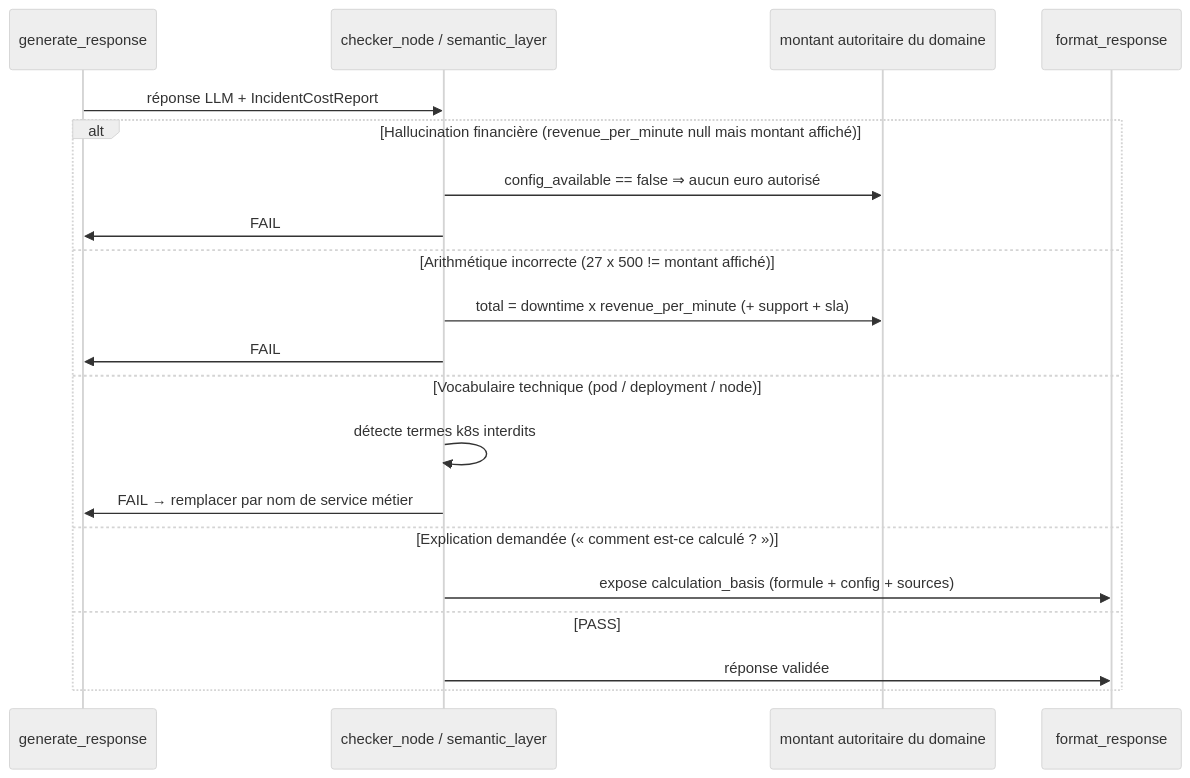
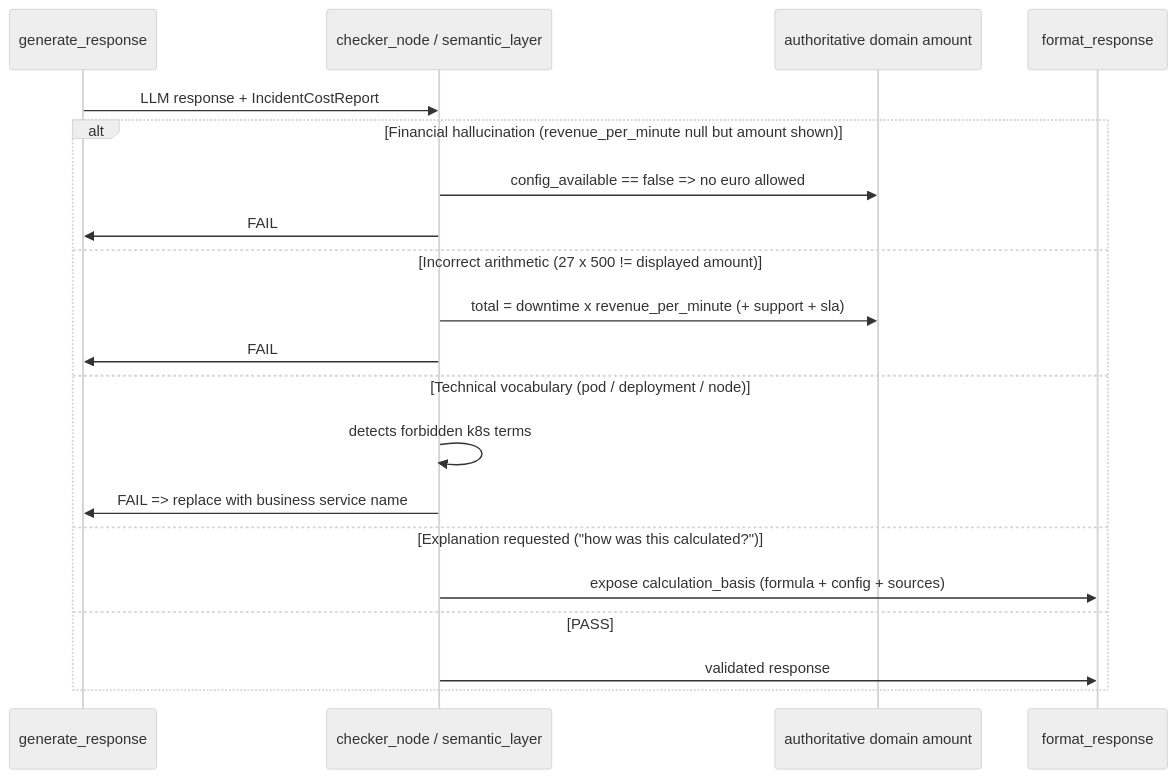
The third of 3 diagrams in docs/use-cases/107-incident-cost-analysis.md (hexa-tools/hexawyn), drawn with Mermaid (neutral theme) before and after one commit. The commit also changed other lines of this file and 53 other files, not shown here.

Commit message:
chore: refactor diagram

````diff
--- a/docs/use-cases/107-incident-cost-analysis.md
+++ b/docs/use-cases/107-incident-cost-analysis.md
@@ -68,23 +68,23 @@
 ```mermaid
 sequenceDiagram
     participant Gen as generate_response
     participant Checker as checker_node / semantic_layer
-    participant Domain as montant autoritaire du domaine
+    participant Domain as authoritative domain amount
     participant Format as format_response
 
-    Gen->>Checker: réponse LLM + IncidentCostReport
-    alt Hallucination financière (revenue_per_minute null mais montant affiché)
-        Checker->>Domain: config_available == false ⇒ aucun euro autorisé
+    Gen->>Checker: LLM response + IncidentCostReport
+    alt Financial hallucination (revenue_per_minute null but amount shown)
+        Checker->>Domain: config_available == false => no euro allowed
         Checker->>Gen: FAIL
-    else Arithmétique incorrecte (27 x 500 != montant affiché)
+    else Incorrect arithmetic (27 x 500 != displayed amount)
         Checker->>Domain: total = downtime x revenue_per_minute (+ support + sla)
         Checker->>Gen: FAIL
-    else Vocabulaire technique (pod / deployment / node)
-        Checker->>Checker: détecte termes k8s interdits
-        Checker->>Gen: FAIL → remplacer par nom de service métier
-    else Explication demandée (« comment est-ce calculé ? »)
-        Checker->>Format: expose calculation_basis (formule + config + sources)
+    else Technical vocabulary (pod / deployment / node)
+        Checker->>Checker: detects forbidden k8s terms
+        Checker->>Gen: FAIL => replace with business service name
+    else Explanation requested ("how was this calculated?")
+        Checker->>Format: expose calculation_basis (formula + config + sources)
     else PASS
-        Checker->>Format: réponse validée
+        Checker->>Format: validated response
     end
 ```
````
